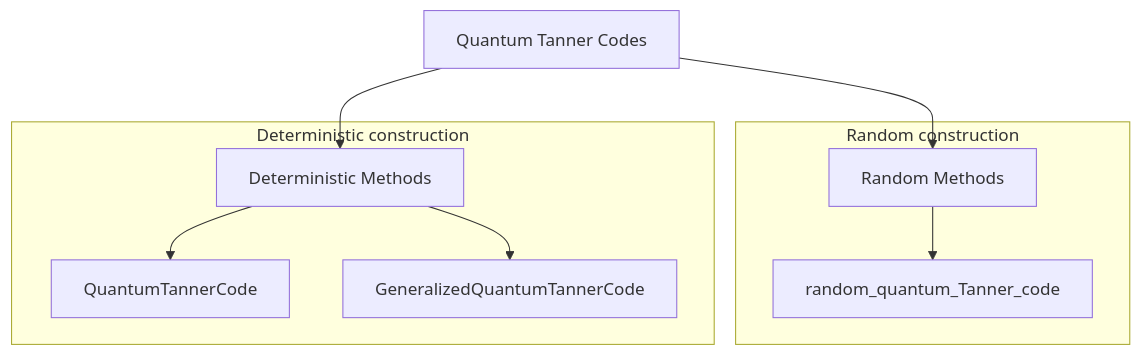
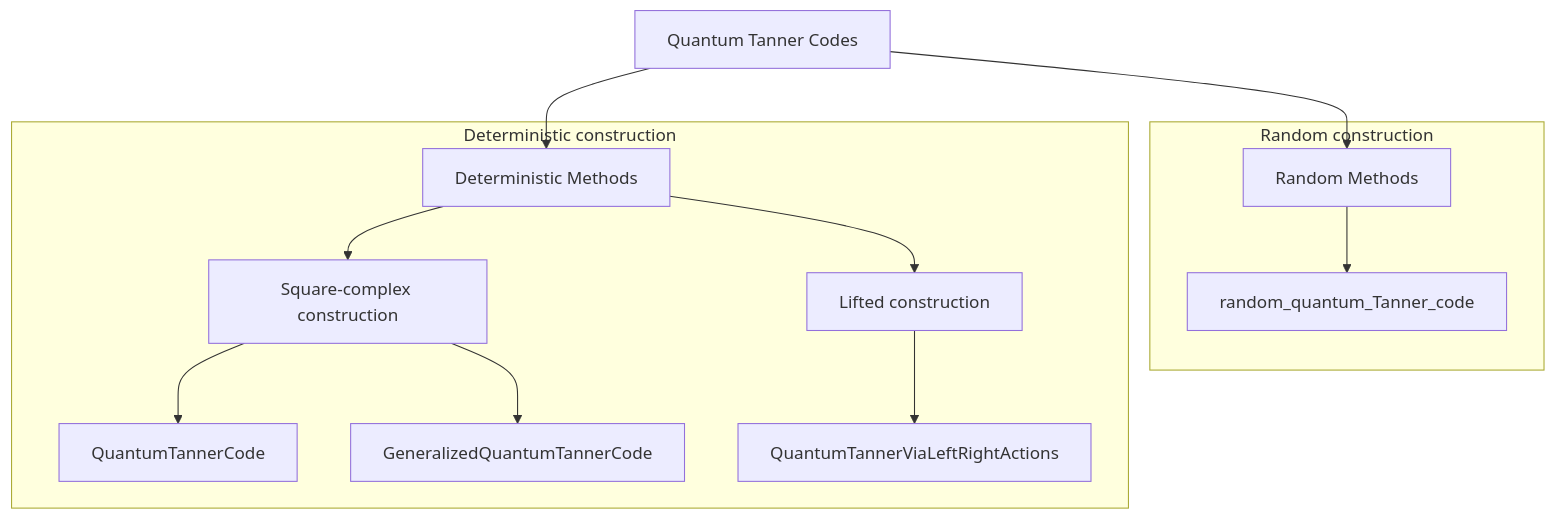
One commit to QuantumSavory/QuantumExpanders.jl changed the first of 2 diagrams in README.md. Above: the diagram before and after it, drawn with Mermaid.

Commit message:
manuscript: update the mermaid schematic in ReadMe

````diff
--- a/README.md
+++ b/README.md
@@ -102,14 +102,17 @@
 ```mermaid
 graph TD
     QuantumTannerCodes["Quantum Tanner Codes"] --> RandomMethods["Random Methods"]
     QuantumTannerCodes --> DeterministicMethods["Deterministic Methods"]
 
     subgraph "Random construction"
         RandomMethods --> RandomQuantumTannerCode["`random_quantum_Tanner_code`"]
     end
 
     subgraph "Deterministic construction"
-        DeterministicMethods --> QuantumTannerCode["`QuantumTannerCode`"]
-        DeterministicMethods --> GeneralizedQuantumTannerCode["`GeneralizedQuantumTannerCode`"]
+        DeterministicMethods --> SquareComplex["Square-complex construction"]
+        DeterministicMethods --> Lifted["Lifted construction"]
+        SquareComplex --> QuantumTannerCode["`QuantumTannerCode`"]
+        SquareComplex --> GeneralizedQuantumTannerCode["`GeneralizedQuantumTannerCode`"]
+        Lifted --> QuantumTannerViaLeftRightActions["`QuantumTannerViaLeftRightActions`"]
     end
 ```
````
